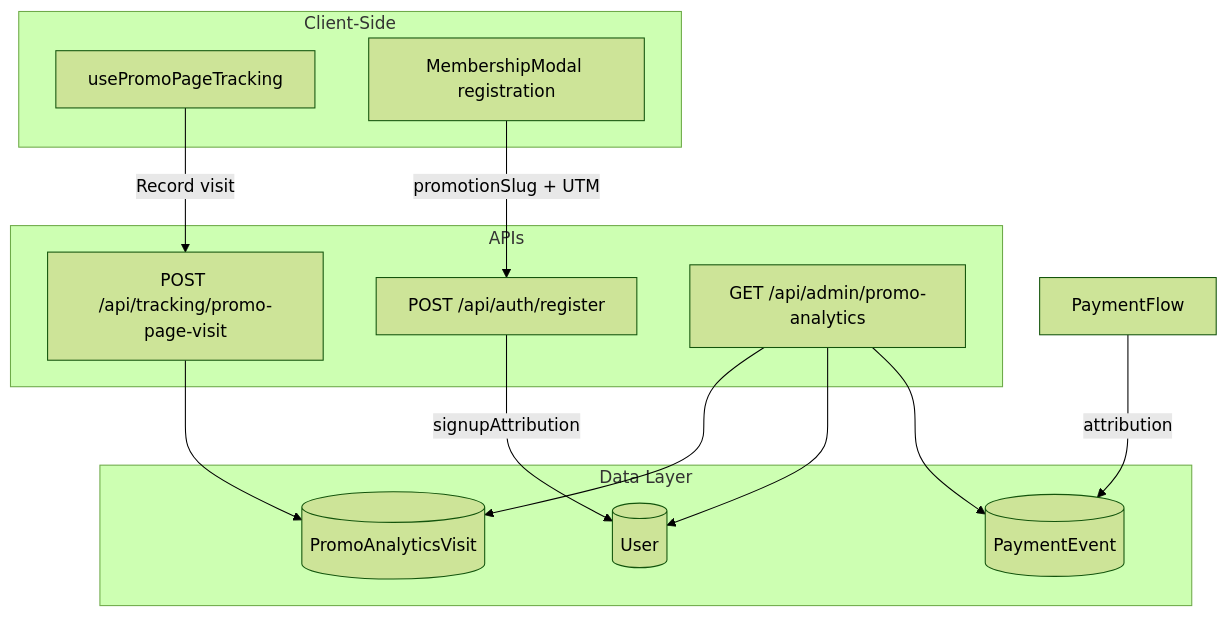
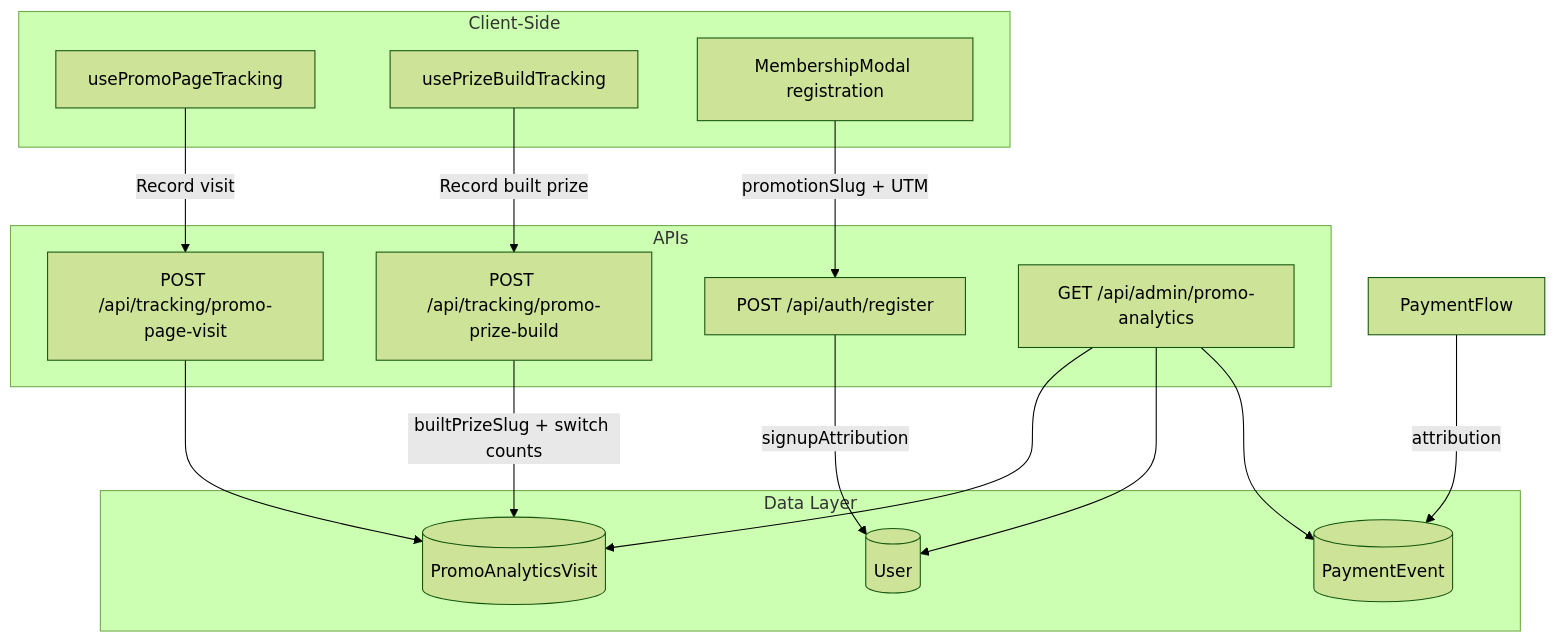
One commit to ToolsAustralia/ToolsAustralia changed the diagram in src/docs/PROMOTION_ANALYTICS.md. Above: the diagram before and after it, drawn with Mermaid (forest theme). The commit also changed other lines of this file and 9 other files, not shown here.

````diff
--- a/src/docs/PROMOTION_ANALYTICS.md
+++ b/src/docs/PROMOTION_ANALYTICS.md
@@ -15,28 +15,32 @@
 ```mermaid
 flowchart TB
   subgraph Client [Client-Side]
     PV[usePromoPageTracking]
+    PB[usePrizeBuildTracking]
     Reg[MembershipModal registration]
   end
 
   subgraph APIs [APIs]
     TrackAPI[POST /api/tracking/promo-page-visit]
+    BuildAPI[POST /api/tracking/promo-prize-build]
     RegAPI[POST /api/auth/register]
     AdminAPI[GET /api/admin/promo-analytics]
   end
 
   subgraph Data [Data Layer]
     PAV[(PromoAnalyticsVisit)]
     User[(User)]
     PE[(PaymentEvent)]
   end
 
   PV -->|Record visit| TrackAPI
+  PB -->|Record built prize| BuildAPI
   Reg -->|promotionSlug + UTM| RegAPI
   TrackAPI --> PAV
+  BuildAPI -->|builtPrizeSlug + switch counts| PAV
   RegAPI -->|signupAttribution| User
   PaymentFlow -->|attribution| PE
   AdminAPI --> PAV
   AdminAPI --> User
   AdminAPI --> PE
 ```
````
